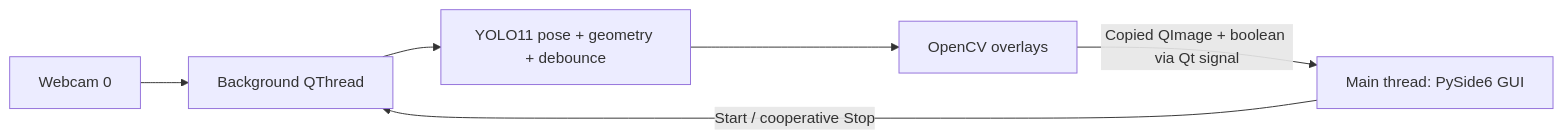
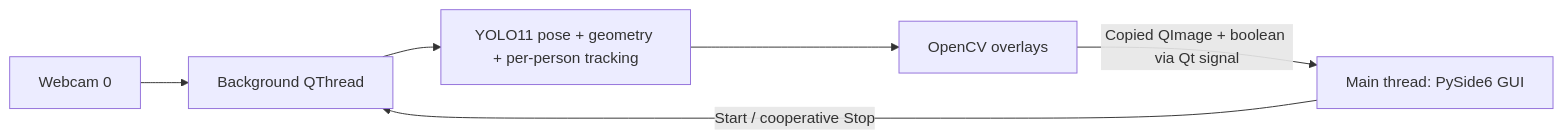
Before and after one commit to advaetuc/Vertebrate: the diagram in README.md, drawn with Mermaid. The commit also changed other lines of this file and 8 other files, not shown here.

````diff
--- a/README.md
+++ b/README.md
@@ -35,8 +38,8 @@
 ```mermaid
 flowchart LR
     A[Webcam 0] --> B[Background QThread]
-    B --> C[YOLO11 pose + geometry + debounce]
+    B --> C[YOLO11 pose + geometry + per-person tracking]
     C --> D[OpenCV overlays]
     D -->|Copied QImage + boolean via Qt signal| E[Main thread: PySide6 GUI]
     E -->|Start / cooperative Stop| B
 ```
````
